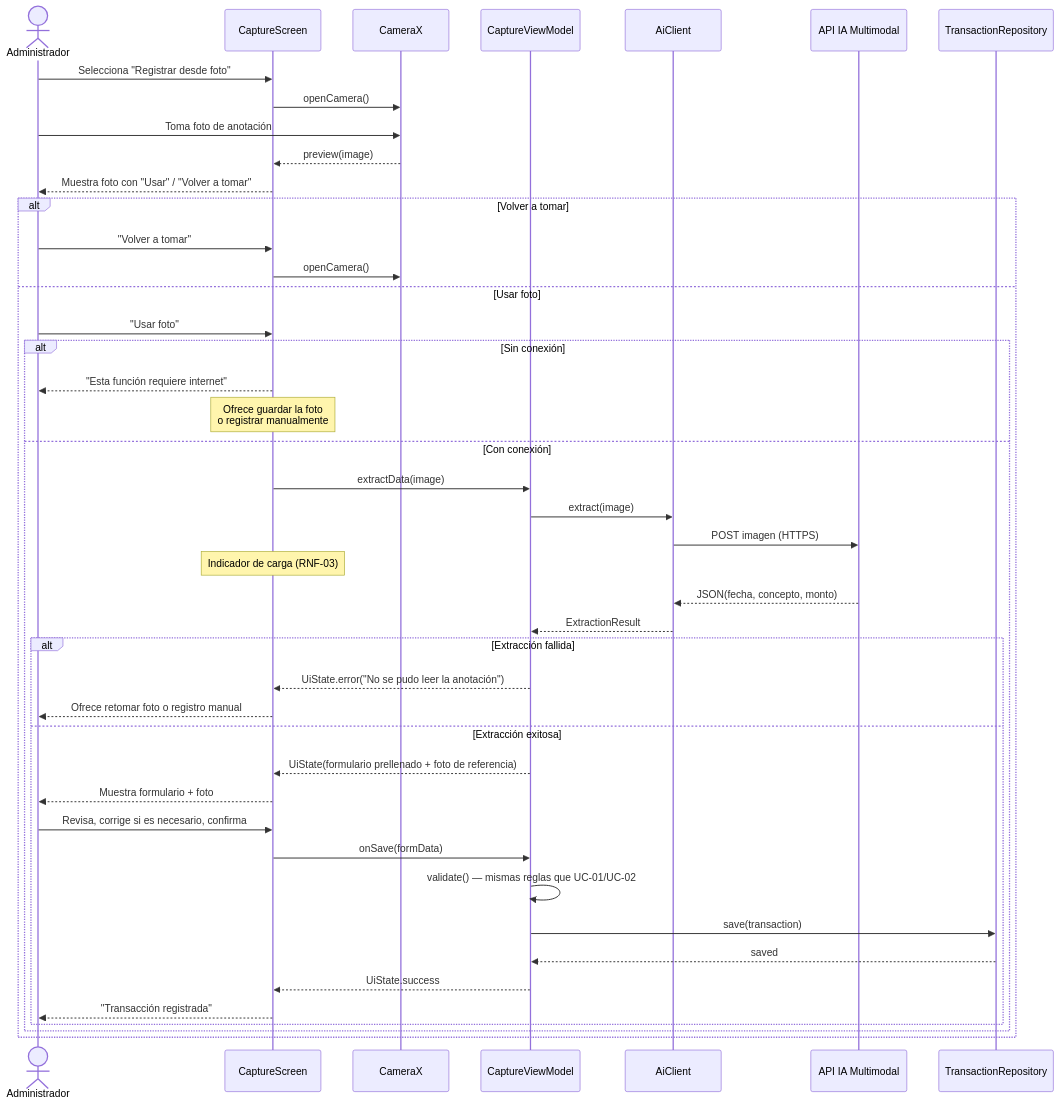
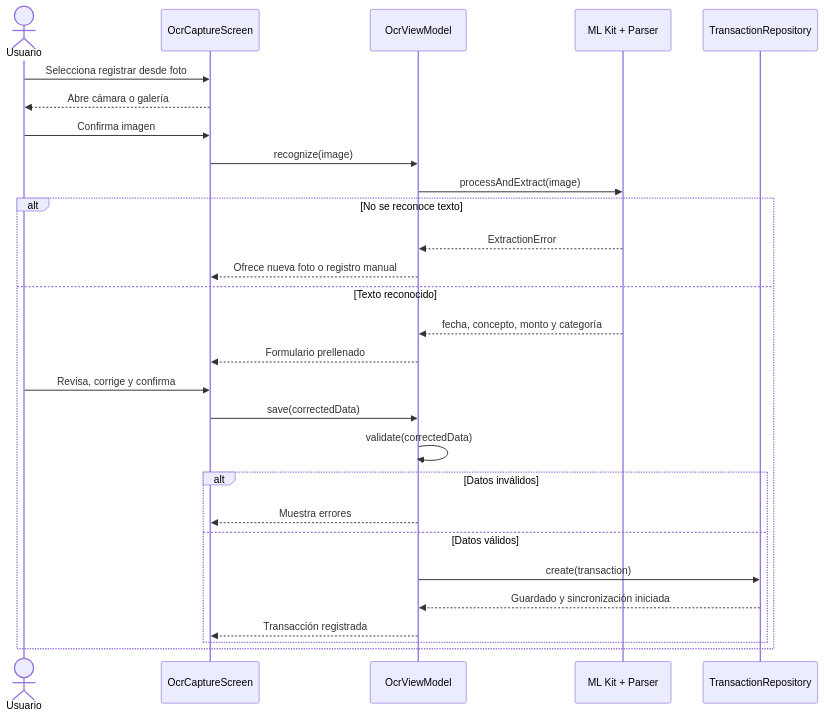
One commit to PUJ-ICM-1131/SGE changed the eighth of 11 diagrams in docs/3-casos-uso-uml/diagramas_secuencia.md. Above: the diagram before and after it, drawn with Mermaid. The commit also changed other lines of this file and 1 other file, not shown here.

Commit message:
diagramas de secuencia y actividad

````diff
--- a/docs/3-casos-uso-uml/diagramas_secuencia.md
+++ b/docs/3-casos-uso-uml/diagramas_secuencia.md
@@ -172,51 +370,31 @@
 ```mermaid
 sequenceDiagram
-    actor Admin as Administrador
-    participant Screen as CaptureScreen
-    participant Cam as CameraX
-    participant VM as CaptureViewModel
-    participant AI as AiClient
-    participant API as API IA Multimodal
+    actor Usuario
+    participant UI as OcrCaptureScreen
+    participant VM as OcrViewModel
+    participant OCR as ML Kit + Parser
     participant Repo as TransactionRepository
 
-    Admin->>Screen: Selecciona "Registrar desde foto"
-    Screen->>Cam: openCamera()
-    Admin->>Cam: Toma foto de anotación
-    Cam-->>Screen: preview(image)
-    Screen-->>Admin: Muestra foto con "Usar" / "Volver a tomar"
-
-    alt Volver a tomar
-        Admin->>Screen: "Volver a tomar"
-        Screen->>Cam: openCamera()
-    else Usar foto
-        Admin->>Screen: "Usar foto"
-
-        alt Sin conexión
-            Screen-->>Admin: "Esta función requiere internet"
-            Note over Screen: Ofrece guardar la foto<br/>o registrar manualmente
-        else Con conexión
-            Screen->>VM: extractData(image)
-            VM->>AI: extract(image)
-            AI->>API: POST imagen (HTTPS)
-            Note over Screen: Indicador de carga (RNF-03)
-            API-->>AI: JSON(fecha, concepto, monto)
-            AI-->>VM: ExtractionResult
-
-            alt Extracción fallida
-                VM-->>Screen: UiState.error("No se pudo leer la anotación")
-                Screen-->>Admin: Ofrece retomar foto o registro manual
-            else Extracción exitosa
-                VM-->>Screen: UiState(formulario prellenado + foto de referencia)
-                Screen-->>Admin: Muestra formulario + foto
-
-                Admin->>Screen: Revisa, corrige si es necesario, confirma
-                Screen->>VM: onSave(formData)
-                VM->>VM: validate() — mismas reglas que UC-01/UC-02
-                VM->>Repo: save(transaction)
-                Repo-->>VM: saved
-                VM-->>Screen: UiState.success
-                Screen-->>Admin: "Transacción registrada"
-            end
+    Usuario->>UI: Selecciona registrar desde foto
+    UI-->>Usuario: Abre cámara o galería
+    Usuario->>UI: Confirma imagen
+    UI->>VM: recognize(image)
+    VM->>OCR: processAndExtract(image)
+    alt No se reconoce texto
+        OCR-->>VM: ExtractionError
+        VM-->>UI: Ofrece nueva foto o registro manual
+    else Texto reconocido
+        OCR-->>VM: fecha, concepto, monto y categoría
+        VM-->>UI: Formulario prellenado
+        Usuario->>UI: Revisa, corrige y confirma
+        UI->>VM: save(correctedData)
+        VM->>VM: validate(correctedData)
+        alt Datos inválidos
+            VM-->>UI: Muestra errores
+        else Datos válidos
+            VM->>Repo: create(transaction)
+            Repo-->>VM: Guardado y sincronización iniciada
+            VM-->>UI: Transacción registrada
         end
     end
 ```
````
